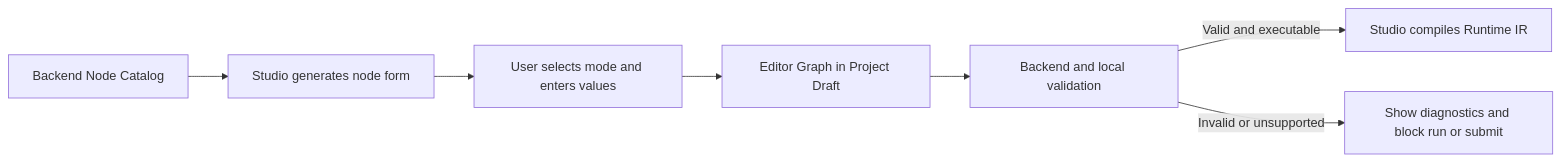
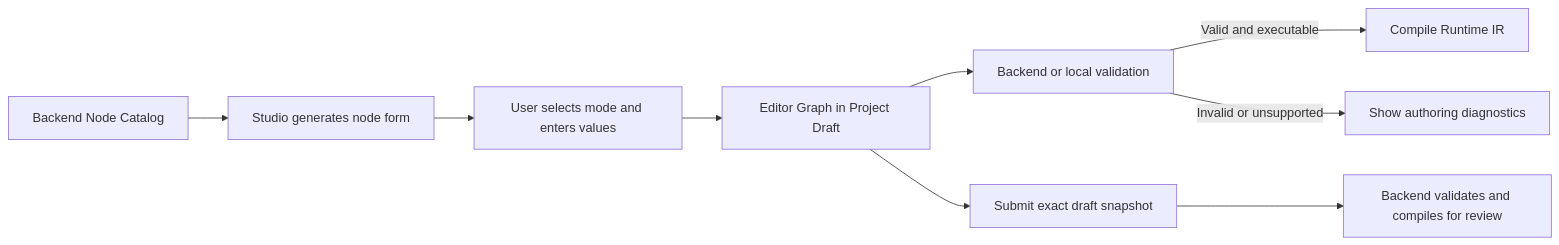
One commit to A2MaTex/a2matex-docs changed the diagram in components/a2matex-studio-v2/node_definition_to_project_draft_guide.md. Above: the diagram before and after it, drawn with Mermaid. The commit also changed other lines of this file and 23 other files, not shown here.

Commit message:
update editor graph, workflow revision and runtime ir

````diff
--- a/components/a2matex-studio-v2/node_definition_to_project_draft_guide.md
+++ b/components/a2matex-studio-v2/node_definition_to_project_draft_guide.md
@@ -11,9 +11,11 @@
 ```mermaid
 flowchart LR
     C[Backend Node Catalog] --> F[Studio generates node form]
     F --> U[User selects mode and enters values]
     U --> D[Editor Graph in Project Draft]
-    D --> V[Backend and local validation]
-    V -->|Valid and executable| R[Studio compiles Runtime IR]
-    V -->|Invalid or unsupported| E[Show diagnostics and block run or submit]
+    D --> V[Backend or local validation]
+    V -->|Valid and executable| R[Compile Runtime IR]
+    V -->|Invalid or unsupported| E[Show authoring diagnostics]
+    D --> S[Submit exact draft snapshot]
+    S --> B[Backend validates and compiles for review]
 ```
````
